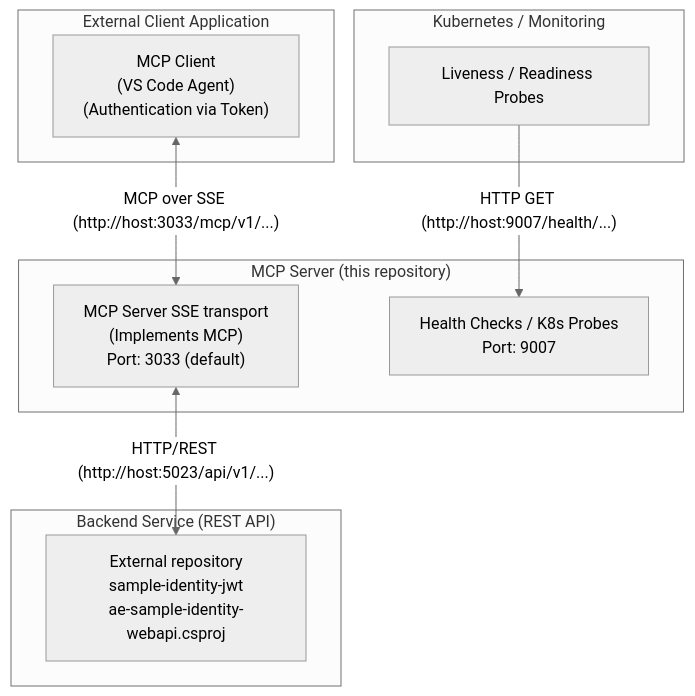
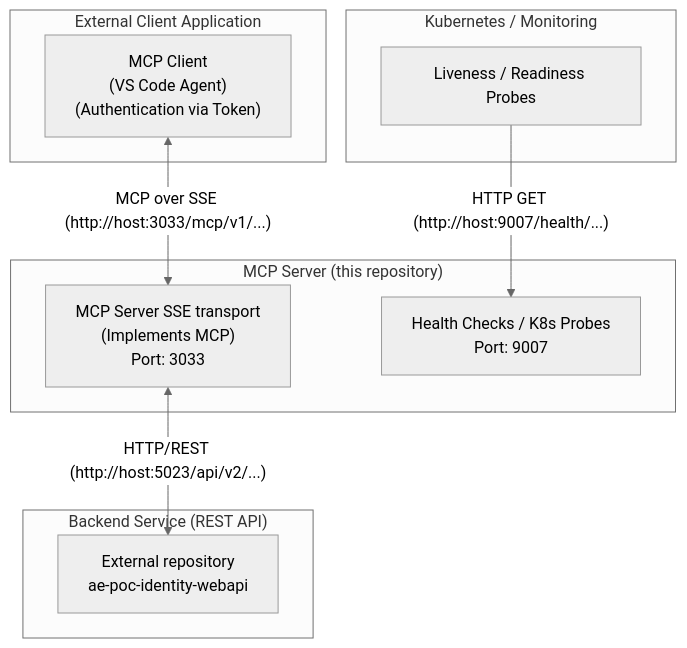
The diagram in README.md (ISubkowskI/ae-poc-identity-mcpsrv), drawn with Mermaid (neutral theme) before and after one commit. The commit also changed other lines of this file, not shown here.

Commit message:
Improve README.md

````diff
--- a/README.md
+++ b/README.md
@@ -16,23 +16,23 @@
 ```mermaid
 graph TD
     subgraph "External Client Application"
         lblMCPClient["MCP Client<br/>(VS Code Agent)<br/>(Authentication via Token)"]
     end
 
     subgraph "MCP Server (this repository)"
-        lblMCPServer["MCP Server SSE transport<br/>(Implements MCP)<br/>Port: 3033 (default)"]
+        lblMCPServer["MCP Server SSE transport<br/>(Implements MCP)<br/>Port: 3033"]
         lblHealth["Health Checks / K8s Probes<br/>Port: 9007"]
     end
 
     subgraph "Backend Service (REST API)"
-        lblBackendService["External repository<br/>sample-identity-jwt<br/>ae-sample-identity-webapi.csproj"]
+        lblBackendService["External repository<br/>ae-poc-identity-webapi"]
     end
     
     subgraph "Kubernetes / Monitoring"
         lblK8s["Liveness / Readiness Probes"]
     end
 
     lblMCPClient -- "MCP over SSE (http://host:3033/mcp/v1/...)" <--> lblMCPServer
-    lblMCPServer -- "HTTP/REST (http://host:5023/api/v1/...)" <--> lblBackendService
+    lblMCPServer -- "HTTP/REST (http://host:5023/api/v2/...)" <--> lblBackendService
     lblK8s -- "HTTP GET (http://host:9007/health/...)" --> lblHealth
 ```
````
